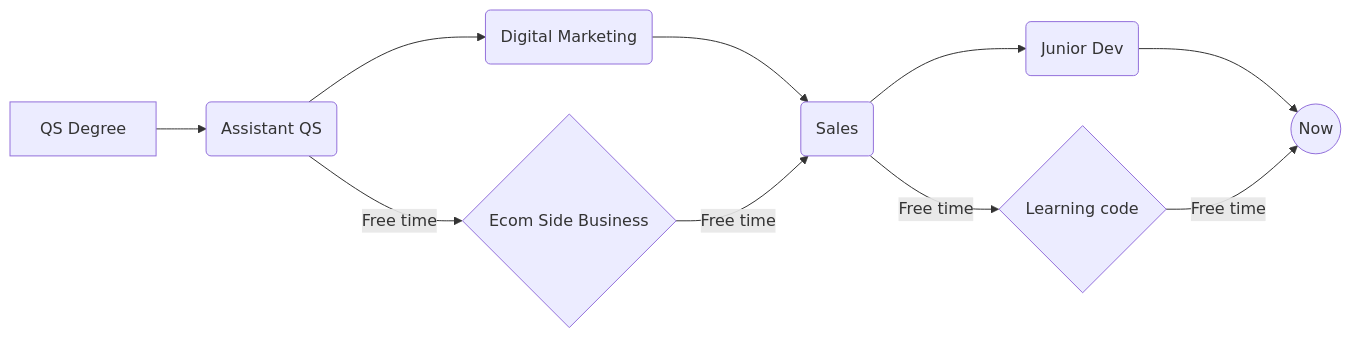
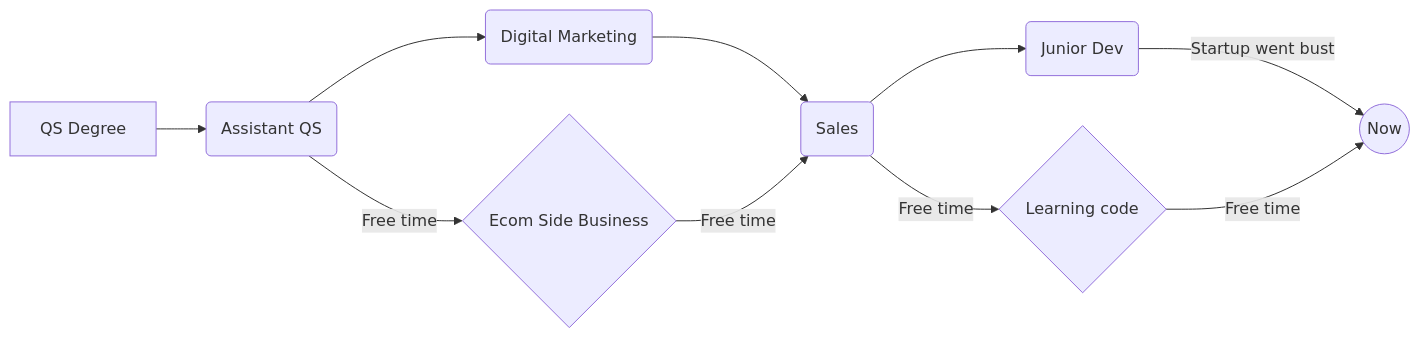
Before and after one commit to wobwobbird/wobwobbird: the diagram in README.md, drawn with Mermaid. The commit also changed other lines of this file, not shown here.

Commit message:
Revise learning topics and career progression
Updated learning section and modified career path details.

````diff
--- a/README.md
+++ b/README.md
@@ -101,23 +104,23 @@
 ```mermaid
 graph LR
 A[QS Degree] --> B(Assistant QS)
 B --> C(Digital Marketing)
 C --> D(Sales)
 D --> E(Junior Dev)
-E --> H((Now))
+E -- Startup went bust --> H((Now))
 
 B -- Free time --> F{Ecom Side Business}
 F -- Free time --> D
 D -- Free time --> G{Learning code}
 G -- Free time --> H
 
 A[QS Degree] 
 B(Assistant QS)
 C(Digital Marketing)
 D(Sales)
- E(Junior Dev)
- H((Now))
+E(Junior Dev)
+H((Now))
 F{Ecom Side Business}
 G{Learning code}
 
 ```
````
